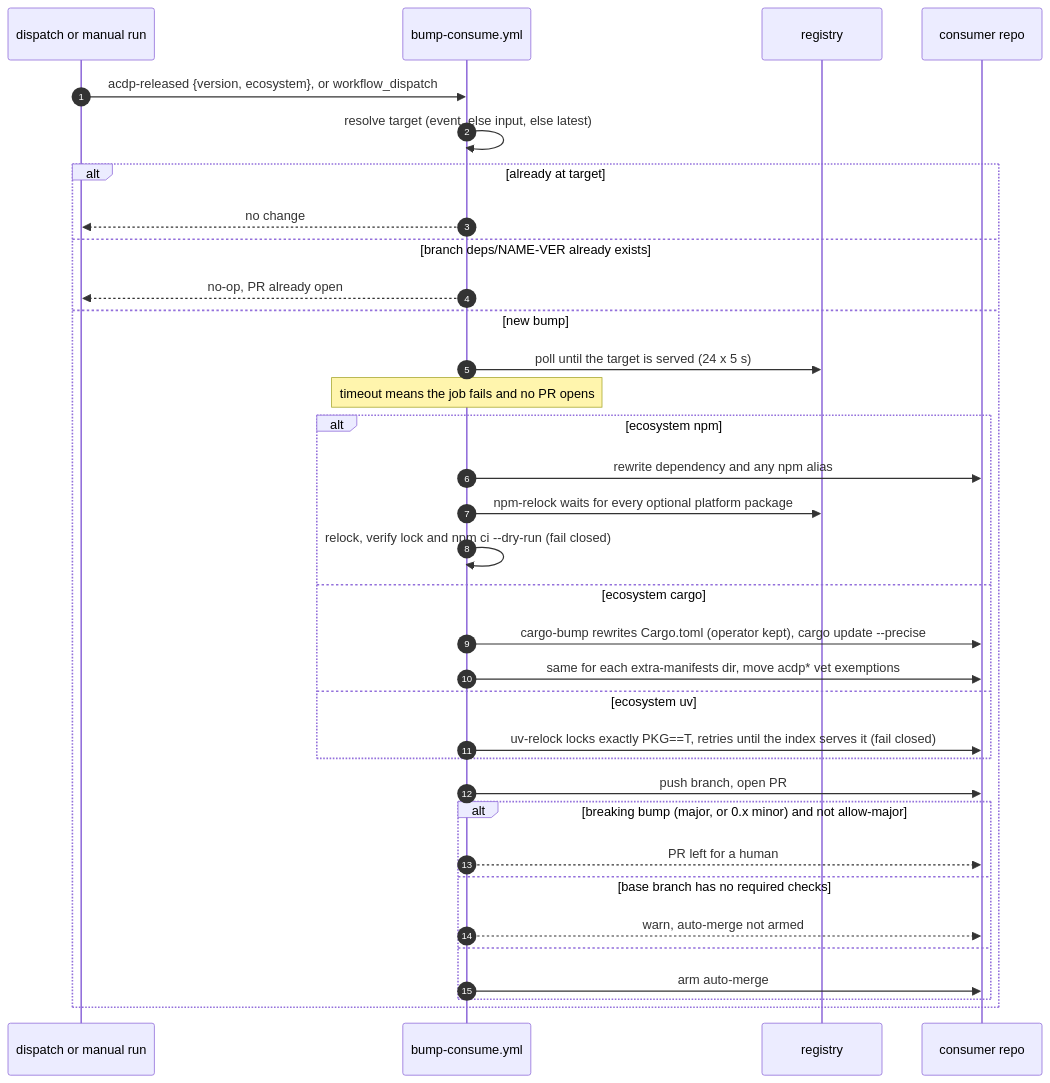
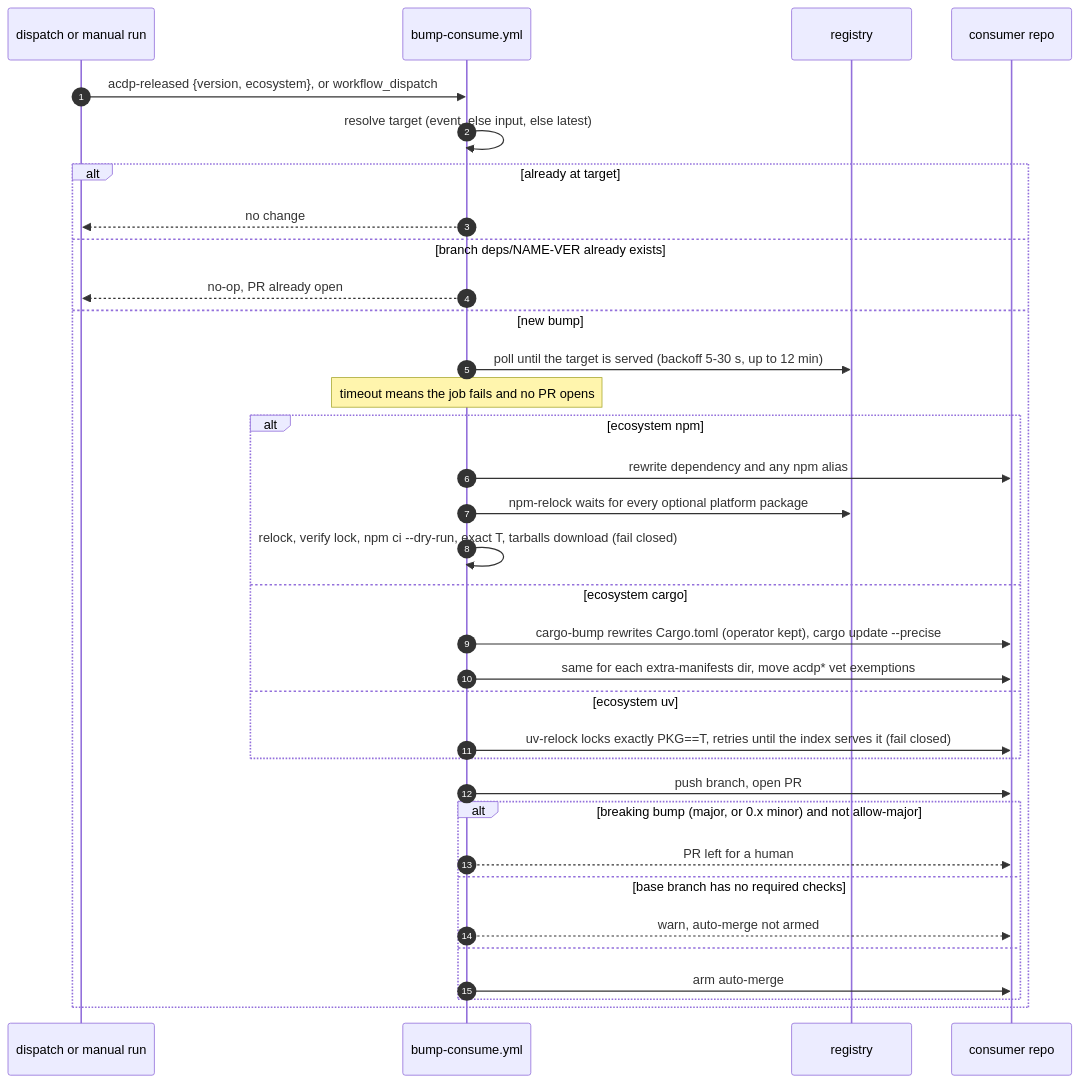
Before and after one commit to agentcontextdistributionprotocol/acdp-ci: the second of 3 diagrams in DELIVERY-STANDARD.md, drawn with Mermaid. The commit also changed 8 other files, not shown here.

First line of the commit message:
fix(bump-consume): npm bumps wait out registry propagation and verify the exact version and tarballs (#50)

````diff
--- a/DELIVERY-STANDARD.md
+++ b/DELIVERY-STANDARD.md
@@ -153,36 +153,36 @@
 ```mermaid
 sequenceDiagram
   autonumber
   participant D as dispatch or manual run
   participant B as bump-consume.yml
   participant R as registry
   participant C as consumer repo
   D->>B: acdp-released {version, ecosystem}, or workflow_dispatch
   B->>B: resolve target (event, else input, else latest)
   alt already at target
     B-->>D: no change
   else branch deps/NAME-VER already exists
     B-->>D: no-op, PR already open
   else new bump
-    B->>R: poll until the target is served (24 x 5 s)
+    B->>R: poll until the target is served (backoff 5-30 s, up to 12 min)
     Note over B: timeout means the job fails and no PR opens
     alt ecosystem npm
       B->>C: rewrite dependency and any npm alias
       B->>R: npm-relock waits for every optional platform package
-      B->>B: relock, verify lock and npm ci --dry-run (fail closed)
+      B->>B: relock, verify lock, npm ci --dry-run, exact T, tarballs download (fail closed)
     else ecosystem cargo
       B->>C: cargo-bump rewrites Cargo.toml (operator kept), cargo update --precise
       B->>C: same for each extra-manifests dir, move acdp* vet exemptions
     else ecosystem uv
       B->>C: uv-relock locks exactly PKG==T, retries until the index serves it (fail closed)
     end
     B->>C: push branch, open PR
     alt breaking bump (major, or 0.x minor) and not allow-major
       B-->>C: PR left for a human
     else base branch has no required checks
       B-->>C: warn, auto-merge not armed
     else
       B->>C: arm auto-merge
     end
   end
 ```
````
